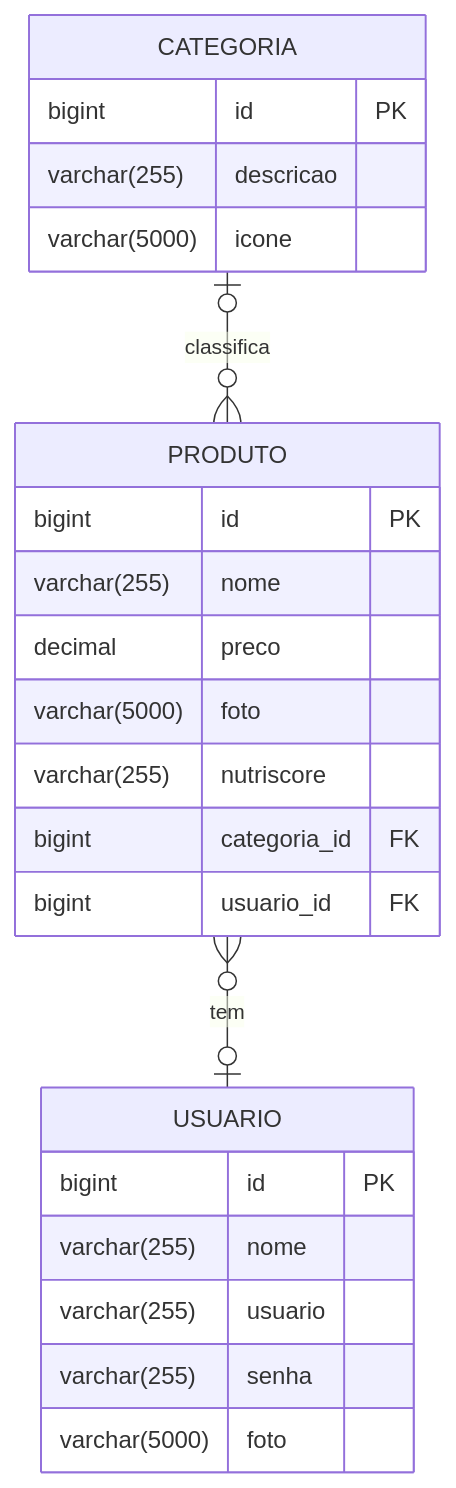
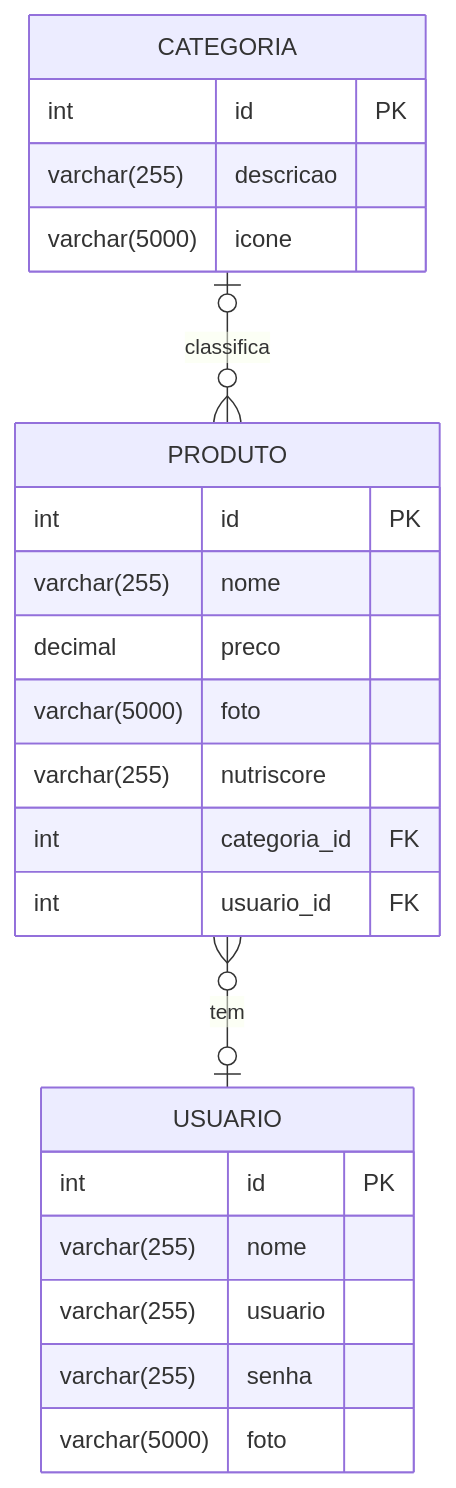
One commit to rafaelq80/delivery-nest changed the second of 2 diagrams in README.md. Above: the diagram before and after it, drawn with Mermaid. The commit also changed other lines of this file, not shown here.

````diff
--- a/README.md
+++ b/README.md
@@ -146,28 +146,28 @@
 ```mermaid
 erDiagram
     CATEGORIA o|--o{ PRODUTO : classifica
     CATEGORIA {
-        bigint id PK
+        int id PK
         varchar(255) descricao
         varchar(5000) icone
     }
     PRODUTO }o--|o USUARIO : tem
     PRODUTO {
-        bigint id PK
+        int id PK
         varchar(255) nome
         decimal preco
         varchar(5000) foto
         varchar(255) nutriscore
-        bigint categoria_id FK
-        bigint usuario_id FK
+        int categoria_id FK
+        int usuario_id FK
     }
     USUARIO {
-		bigint id PK
+		int id PK
 		varchar(255) nome
 		varchar(255) usuario
 		varchar(255) senha
 		varchar(5000) foto
     }
 
 
 ```
````
